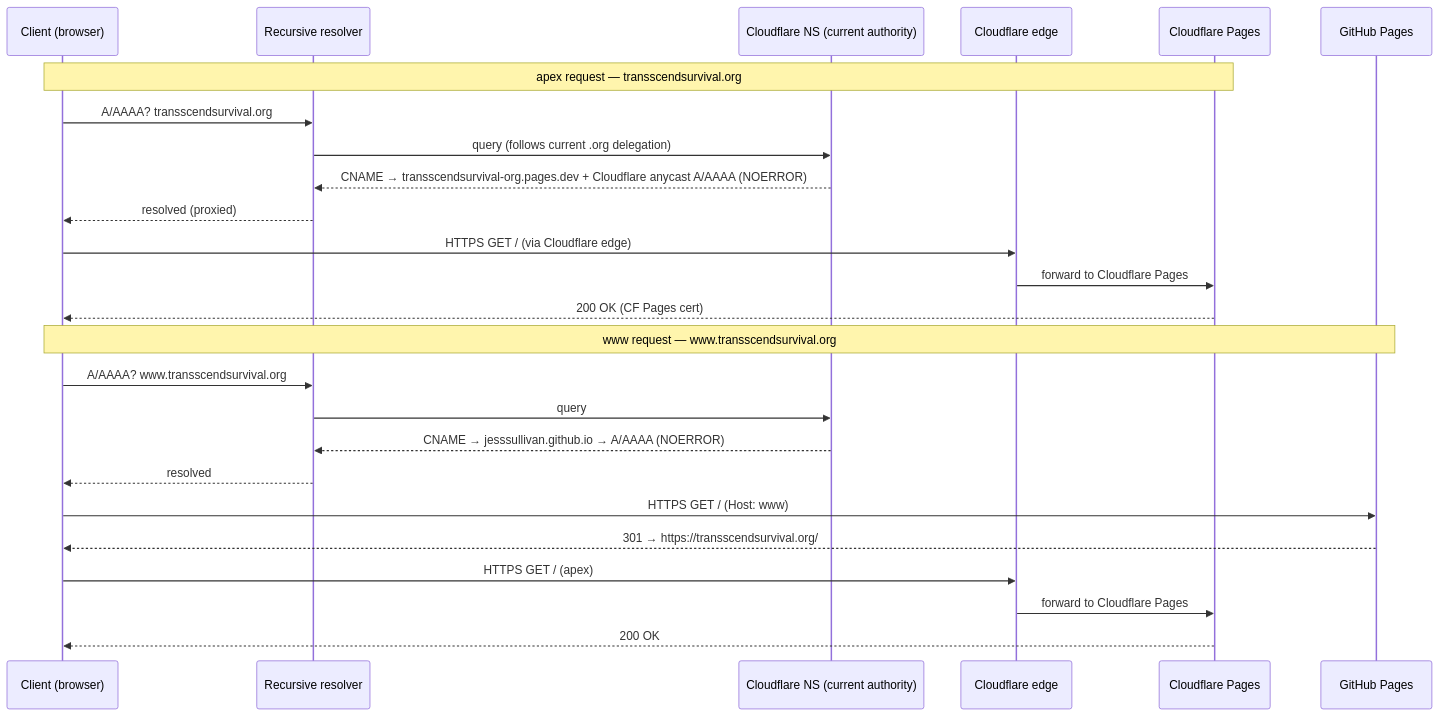
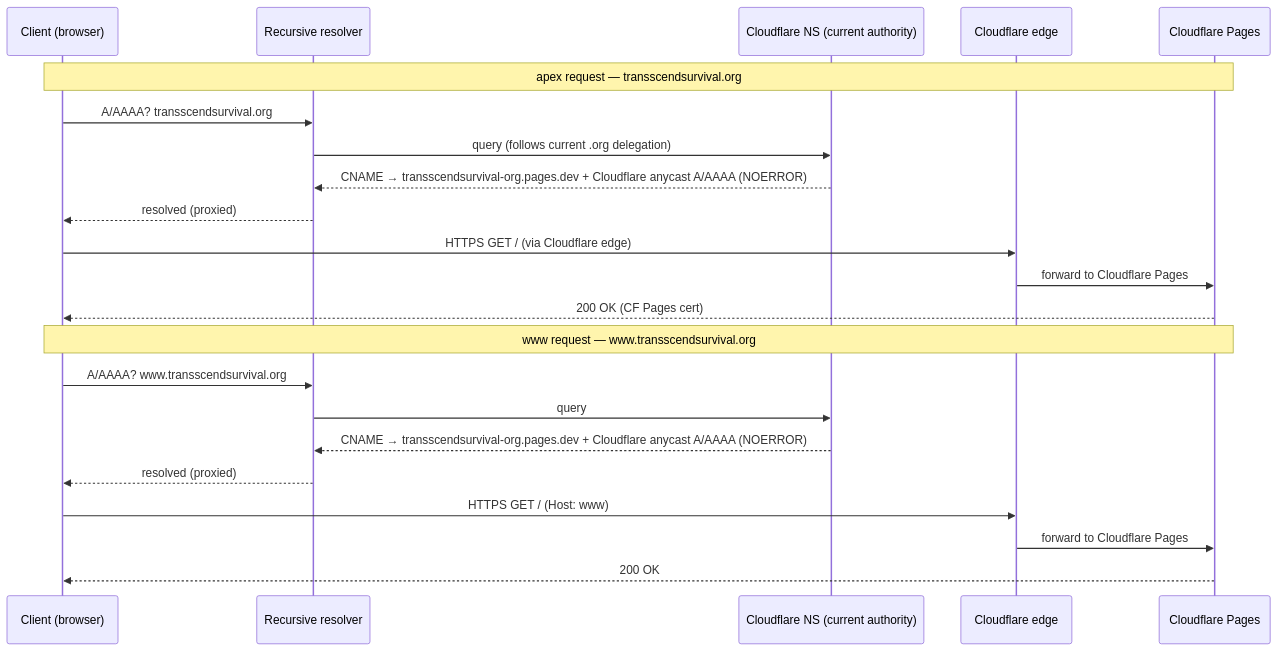
One commit to Jesssullivan/jesssullivan.github.io changed the second of 5 diagrams in docs/dns-architecture.md. Above: the diagram before and after it, drawn with Mermaid. The commit also changed other lines of this file and 8 other files, not shown here.

Commit message:
fix(dns): serve www from Cloudflare Pages

````diff
--- a/docs/dns-architecture.md
+++ b/docs/dns-architecture.md
@@ -75,29 +72,26 @@
 ```mermaid
 sequenceDiagram
     participant C as Client (browser)
     participant R as Recursive resolver
     participant CF as Cloudflare NS (current authority)
     participant Edge as Cloudflare edge
     participant CFP as Cloudflare Pages
-    participant GHP as GitHub Pages
 
     Note over C,CFP: apex request — transscendsurvival.org
     C->>R: A/AAAA? transscendsurvival.org
     R->>CF: query (follows current .org delegation)
     CF-->>R: CNAME → transscendsurvival-org.pages.dev + Cloudflare anycast A/AAAA (NOERROR)
     R-->>C: resolved (proxied)
     C->>Edge: HTTPS GET / (via Cloudflare edge)
     Edge->>CFP: forward to Cloudflare Pages
     CFP-->>C: 200 OK (CF Pages cert)
 
-    Note over C,GHP: www request — www.transscendsurvival.org
+    Note over C,CFP: www request — www.transscendsurvival.org
     C->>R: A/AAAA? www.transscendsurvival.org
     R->>CF: query
-    CF-->>R: CNAME → jesssullivan.github.io → A/AAAA (NOERROR)
-    R-->>C: resolved
-    C->>GHP: HTTPS GET / (Host: www)
-    GHP-->>C: 301 → https://transscendsurvival.org/
-    C->>Edge: HTTPS GET / (apex)
+    CF-->>R: CNAME → transscendsurvival-org.pages.dev + Cloudflare anycast A/AAAA (NOERROR)
+    R-->>C: resolved (proxied)
+    C->>Edge: HTTPS GET / (Host: www)
     Edge->>CFP: forward to Cloudflare Pages
     CFP-->>C: 200 OK
 ```
````
